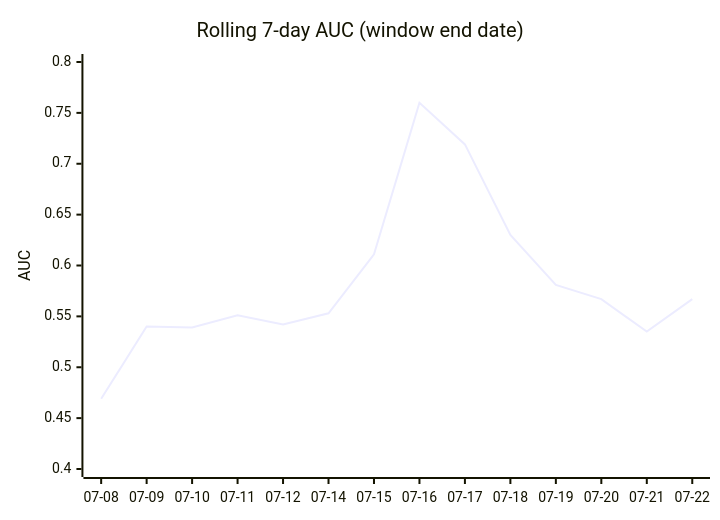
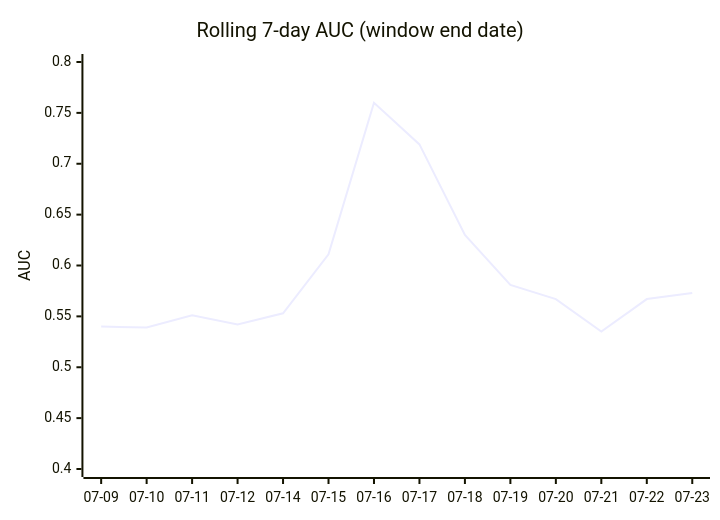
The third of 4 diagrams in DAILY_AGSU_REPORT.md (dpk1212/nhl-savant), drawn with Mermaid before and after one commit. The commit also changed other lines of this file, not shown here.

````diff
--- a/DAILY_AGSU_REPORT.md
+++ b/DAILY_AGSU_REPORT.md
@@ -720,7 +713,7 @@
 ```mermaid
 xychart-beta
     title "Rolling 7-day AUC (window end date)"
-    x-axis ["07-08", "07-09", "07-10", "07-11", "07-12", "07-14", "07-15", "07-16", "07-17", "07-18", "07-19", "07-20", "07-21", "07-22"]
+    x-axis ["07-09", "07-10", "07-11", "07-12", "07-14", "07-15", "07-16", "07-17", "07-18", "07-19", "07-20", "07-21", "07-22", "07-23"]
     y-axis "AUC" 0.4 --> 0.8
-    line [0.469, 0.54, 0.539, 0.551, 0.542, 0.553, 0.611, 0.76, 0.719, 0.63, 0.581, 0.567, 0.535, 0.567]
+    line [0.54, 0.539, 0.551, 0.542, 0.553, 0.611, 0.76, 0.719, 0.63, 0.581, 0.567, 0.535, 0.567, 0.573]
 ```
````
